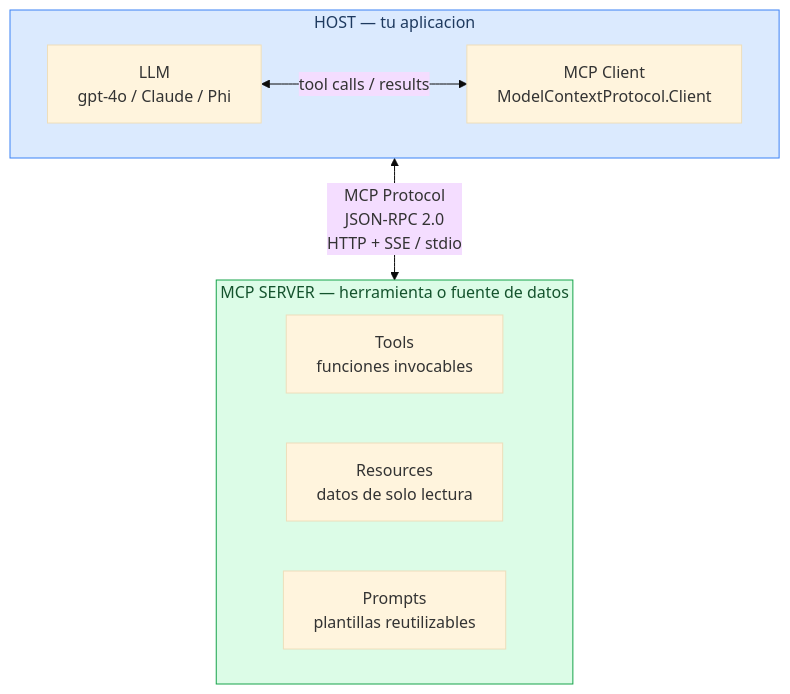
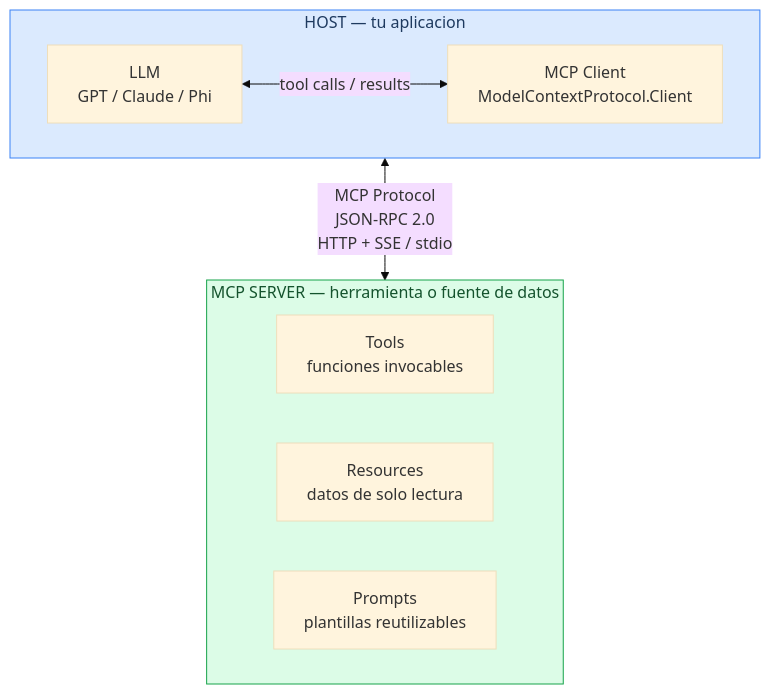
One commit to PalonsoGRM/formacion-grm-mcp changed the first of 3 diagrams in mcp-fundamentals/README.md. Above: the diagram before and after it, drawn with Mermaid (base theme). The commit also changed other lines of this file, not shown here.

Commit message:
no images

````diff
--- a/mcp-fundamentals/README.md
+++ b/mcp-fundamentals/README.md
@@ -15,21 +15,21 @@
 ```mermaid
 graph TD
     subgraph HOST["HOST — tu aplicacion"]
         direction LR
-        LLM["LLM\ngpt-4o / Claude / Phi"]
+        LLM["LLM\nGPT / Claude / Phi"]
         CLIENT["MCP Client\nModelContextProtocol.Client"]
         LLM <-->|"tool calls / results"| CLIENT
     end
 
     CLIENT <-->|"MCP Protocol\nJSON-RPC 2.0\nHTTP + SSE / stdio"| SERVER
 
     subgraph SERVER["MCP SERVER — herramienta o fuente de datos"]
         direction LR
         TOOLS["Tools\nfunciones invocables"]
         RESOURCES["Resources\ndatos de solo lectura"]
         PROMPTS["Prompts\nplantillas reutilizables"]
     end
 
     style HOST fill:#dbeafe,stroke:#3b82f6,color:#1e3a5f
     style SERVER fill:#dcfce7,stroke:#16a34a,color:#14532d
 ```
````
